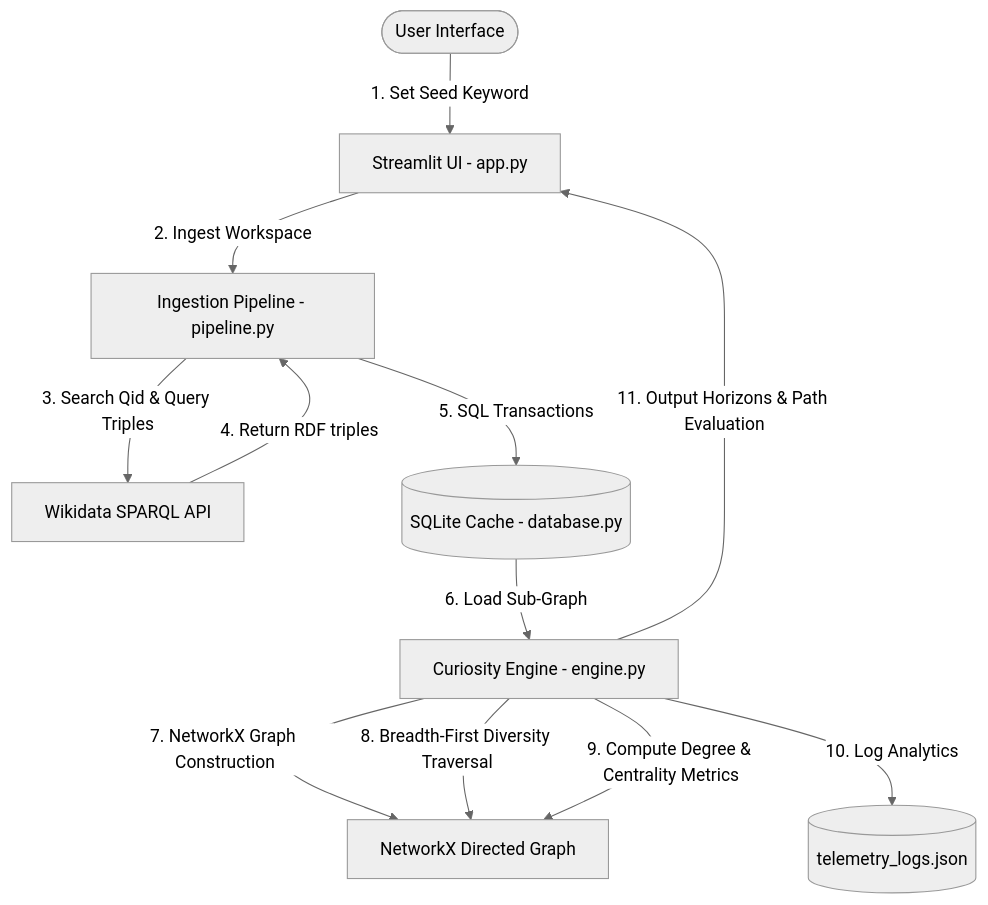
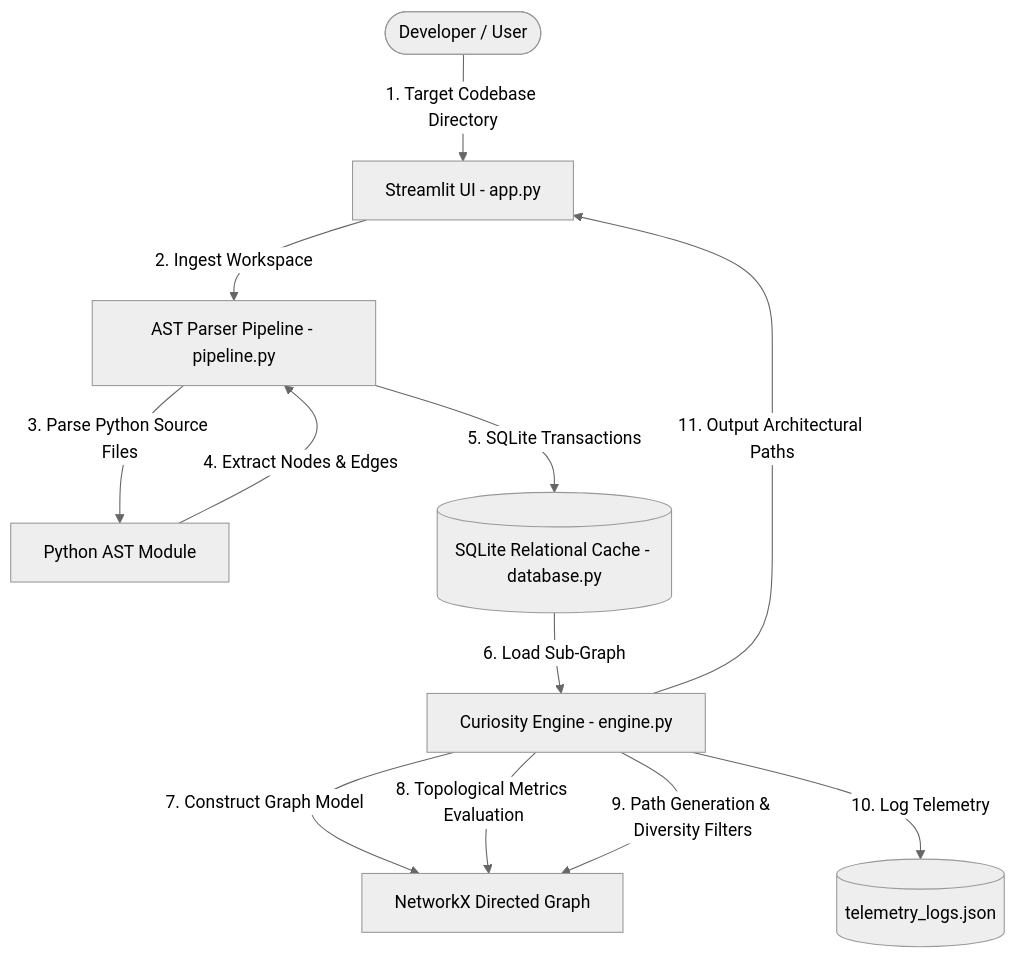
The diagram in README.md (mayankbhojwani/Discovery-Graph), drawn with Mermaid (neutral theme) before and after one commit. The commit also changed other lines of this file and 5 other files, not shown here.

Commit message:
Pivot project to Graph-Based Codebase Architecture understanding Engine

````diff
--- a/README.md
+++ b/README.md
@@ -11,14 +13,14 @@
 ```mermaid
 graph TD
-    User([User Interface]) -->|1. Set Seed Keyword| UI[Streamlit UI - app.py]
-    UI -->|2. Ingest Workspace| PL[Ingestion Pipeline - pipeline.py]
-    PL -->|3. Search Qid & Query Triples| WD[Wikidata SPARQL API]
-    WD -->|4. Return RDF triples| PL
-    PL -->|5. SQL Transactions| DB[(SQLite Cache - database.py)]
+    User([Developer / User]) -->|1. Target Codebase Directory| UI[Streamlit UI - app.py]
+    UI -->|2. Ingest Workspace| PL[AST Parser Pipeline - pipeline.py]
+    PL -->|3. Parse Python Source Files| AST[Python AST Module]
+    AST -->|4. Extract Nodes & Edges| PL
+    PL -->|5. SQLite Transactions| DB[(SQLite Relational Cache - database.py)]
     DB -->|6. Load Sub-Graph| EG[Curiosity Engine - engine.py]
-    EG -->|7. NetworkX Graph Construction| NX[NetworkX Directed Graph]
-    EG -->|8. Breadth-First Diversity Traversal| NX
-    EG -->|9. Compute Degree & Centrality Metrics| NX
-    EG -->|10. Log Analytics| TM[(telemetry_logs.json)]
-    EG -->|11. Output Horizons & Path Evaluation| UI
+    EG -->|7. Construct Graph Model| NX[NetworkX Directed Graph]
+    EG -->|8. Topological Metrics Evaluation| NX
+    EG -->|9. Path Generation & Diversity Filters| NX
+    EG -->|10. Log Telemetry| TM[(telemetry_logs.json)]
+    EG -->|11. Output Architectural Paths| UI
 ```
````
